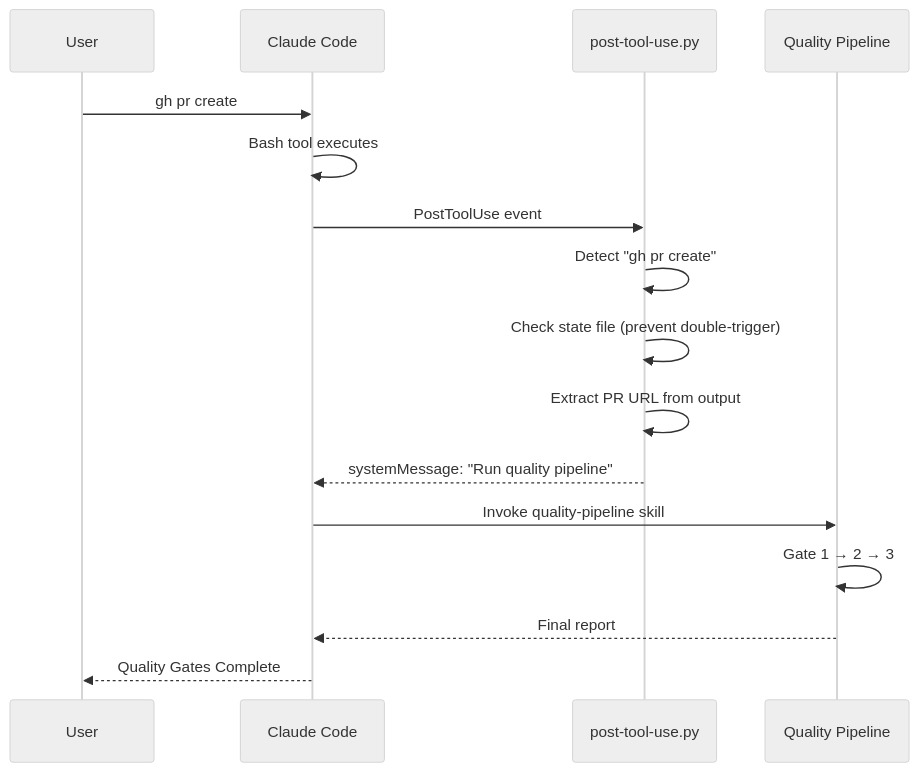
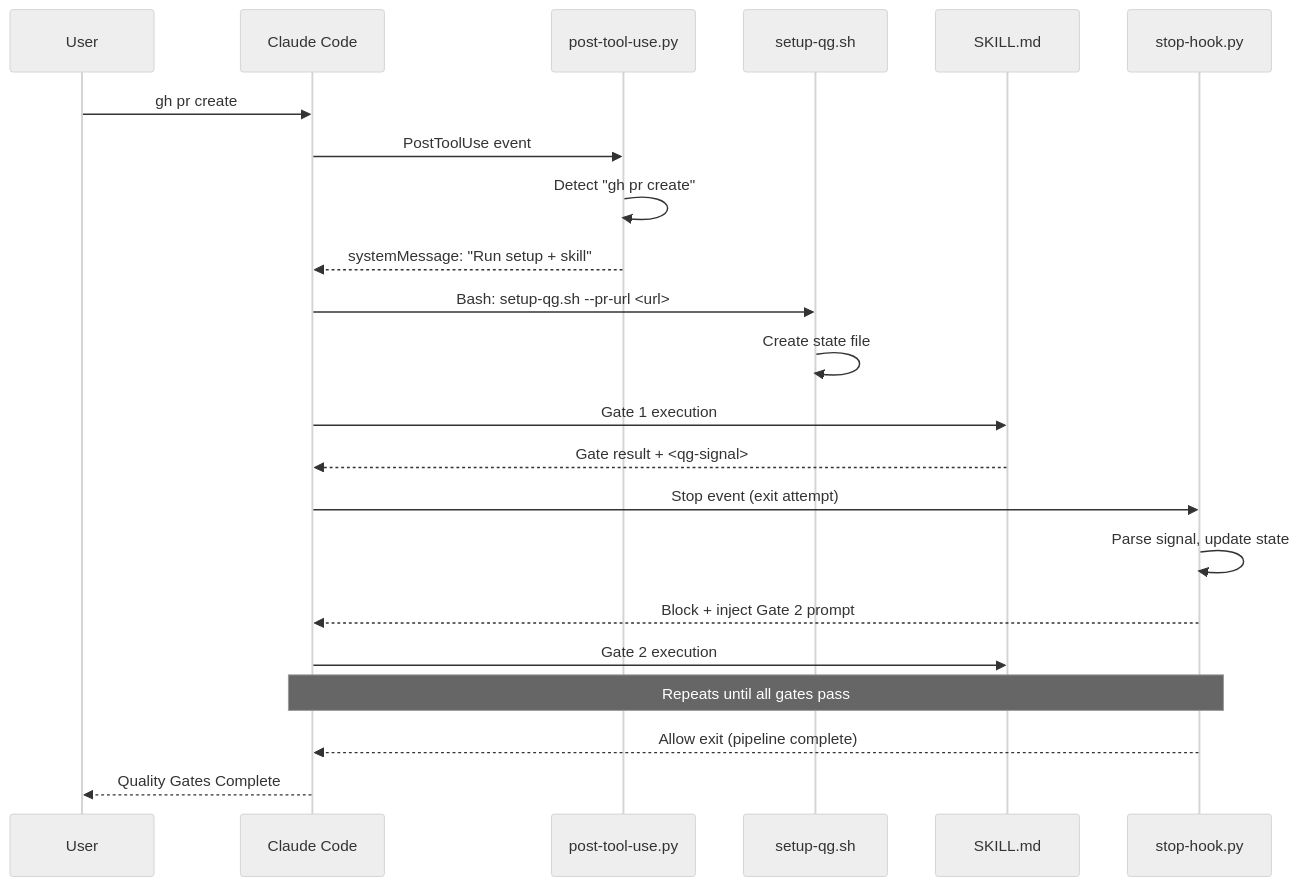
One commit to Jeongho-K/devbrew changed the second of 2 diagrams in plugins/quality-gates/README.md. Above: the diagram before and after it, drawn with Mermaid (neutral theme). The commit also changed other lines of this file and 12 other files, not shown here.

First line of the commit message:
feat(quality-gates): migrate pipeline to Stop hook-based progression (#10)

````diff
--- a/plugins/quality-gates/README.md
+++ b/plugins/quality-gates/README.md
@@ -93,19 +99,25 @@
 ```mermaid
 sequenceDiagram
     participant User
     participant Claude as Claude Code
-    participant Hook as post-tool-use.py
-    participant QG as Quality Pipeline
+    participant PTU as post-tool-use.py
+    participant Setup as setup-qg.sh
+    participant Skill as SKILL.md
+    participant Stop as stop-hook.py
 
     User->>Claude: gh pr create
-    Claude->>Claude: Bash tool executes
-    Claude->>Hook: PostToolUse event
-    Hook->>Hook: Detect "gh pr create"
-    Hook->>Hook: Check state file (prevent double-trigger)
-    Hook->>Hook: Extract PR URL from output
-    Hook-->>Claude: systemMessage: "Run quality pipeline"
-    Claude->>QG: Invoke quality-pipeline skill
-    QG->>QG: Gate 1 → 2 → 3
-    QG-->>Claude: Final report
+    Claude->>PTU: PostToolUse event
+    PTU->>PTU: Detect "gh pr create"
+    PTU-->>Claude: systemMessage: "Run setup + skill"
+    Claude->>Setup: Bash: setup-qg.sh --pr-url <url>
+    Setup->>Setup: Create state file
+    Claude->>Skill: Gate 1 execution
+    Skill-->>Claude: Gate result + <qg-signal>
+    Claude->>Stop: Stop event (exit attempt)
+    Stop->>Stop: Parse signal, update state
+    Stop-->>Claude: Block + inject Gate 2 prompt
+    Claude->>Skill: Gate 2 execution
+    Note over Claude,Stop: Repeats until all gates pass
+    Stop-->>Claude: Allow exit (pipeline complete)
     Claude-->>User: Quality Gates Complete
 ```
````
